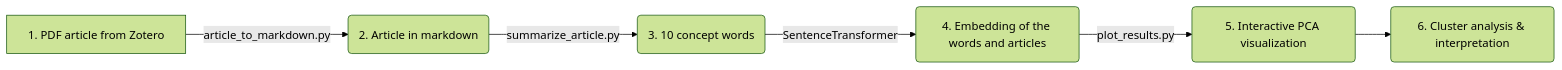
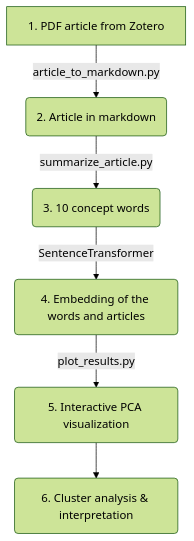
The diagram in README.md (NINAnor/ai-social-science), drawn with Mermaid (forest theme) before and after one commit. The commit also changed other lines of this file and 17 other files, not shown here.

Commit message:
Improve the figure, bigger font

````diff
--- a/README.md
+++ b/README.md
@@ -7,9 +7,9 @@
 ```mermaid
 
-flowchart LR
+flowchart TD
     A[1. PDF article from Zotero] -->|article_to_markdown.py| B(2. Article in markdown)
     B --> |summarize_article.py| C(3. 10 concept words)
     C --> |SentenceTransformer| D(4. Embedding of the words and articles)
     D --> |plot_results.py| E(5. Interactive PCA visualization)
     E --> F(6. Cluster analysis & interpretation)
 ```
````
